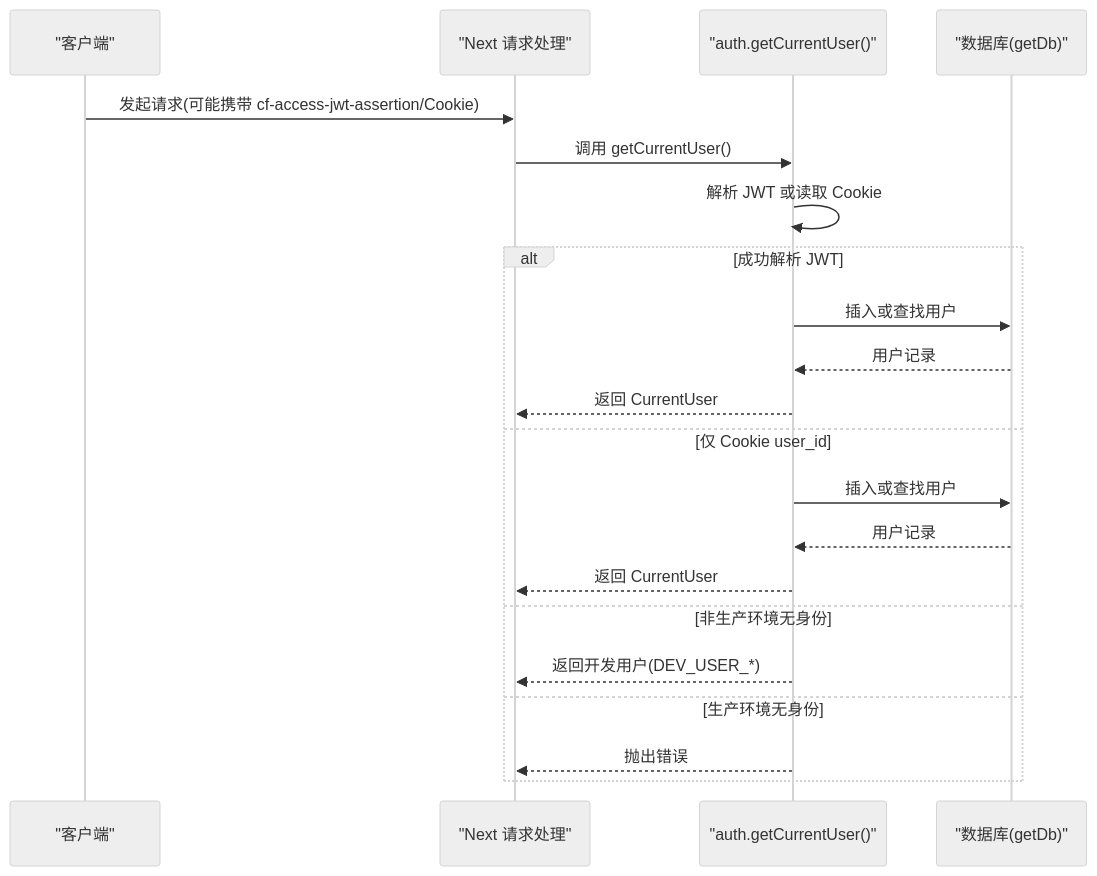
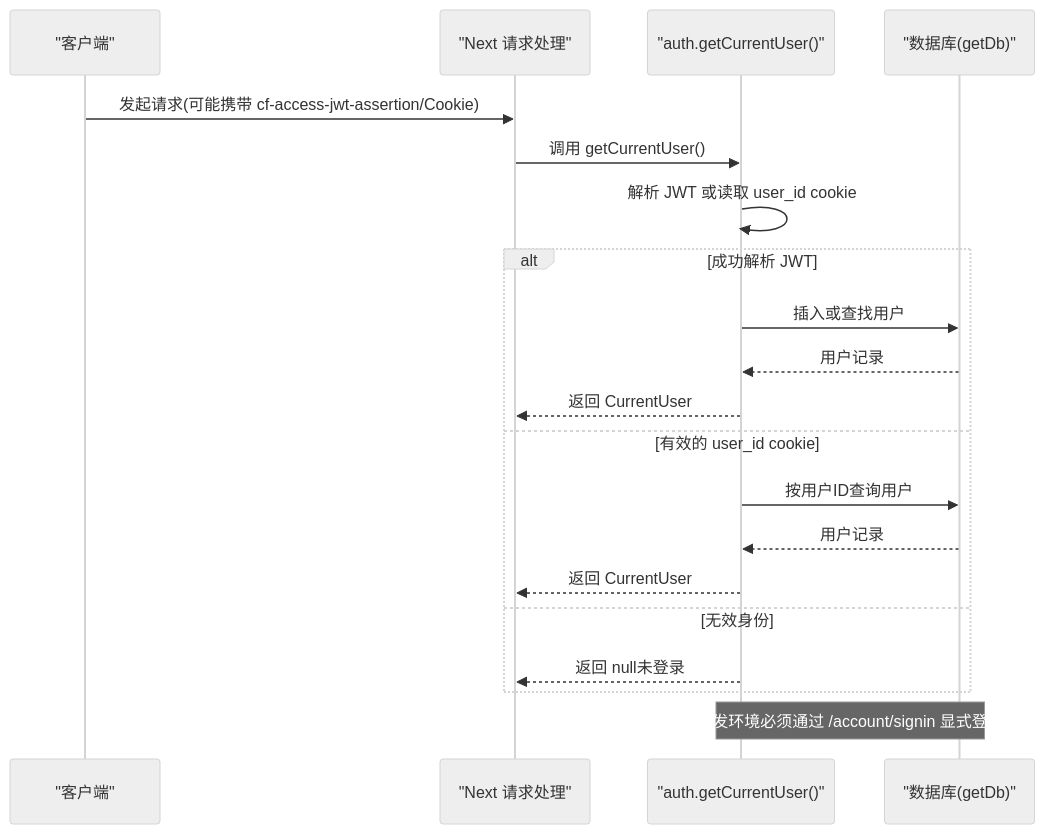
One commit to pnnh/weable changed the fifth of 7 diagrams in .qoder/repowiki/zh/content/部署指南/开发环境搭建.md. Above: the diagram before and after it, drawn with Mermaid (neutral theme). The commit also changed other lines of this file and 161 other files, not shown here.

````diff
--- a/.qoder/repowiki/zh/content/部署指南/开发环境搭建.md
+++ b/.qoder/repowiki/zh/content/部署指南/开发环境搭建.md
@@ -223,23 +257,22 @@
 ```mermaid
 sequenceDiagram
 participant Client as "客户端"
 participant Next as "Next 请求处理"
 participant Auth as "auth.getCurrentUser()"
 participant DB as "数据库(getDb)"
 Client->>Next : 发起请求(可能携带 cf-access-jwt-assertion/Cookie)
 Next->>Auth : 调用 getCurrentUser()
-Auth->>Auth : 解析 JWT 或读取 Cookie
+Auth->>Auth : 解析 JWT 或读取 user_id cookie
 alt 成功解析 JWT
 Auth->>DB : 插入或查找用户
 DB-->>Auth : 用户记录
 Auth-->>Next : 返回 CurrentUser
-else 仅 Cookie user_id
-Auth->>DB : 插入或查找用户
+else 有效的 user_id cookie
+Auth->>DB : 按用户ID查询用户
 DB-->>Auth : 用户记录
 Auth-->>Next : 返回 CurrentUser
-else 非生产环境无身份
-Auth-->>Next : 返回开发用户(DEV_USER_*)
-else 生产环境无身份
-Auth-->>Next : 抛出错误
+else 无效身份
+Auth-->>Next : 返回 null未登录
 end
+Note over Auth,DB : 开发环境必须通过 /account/signin 显式登录
 ```
````
